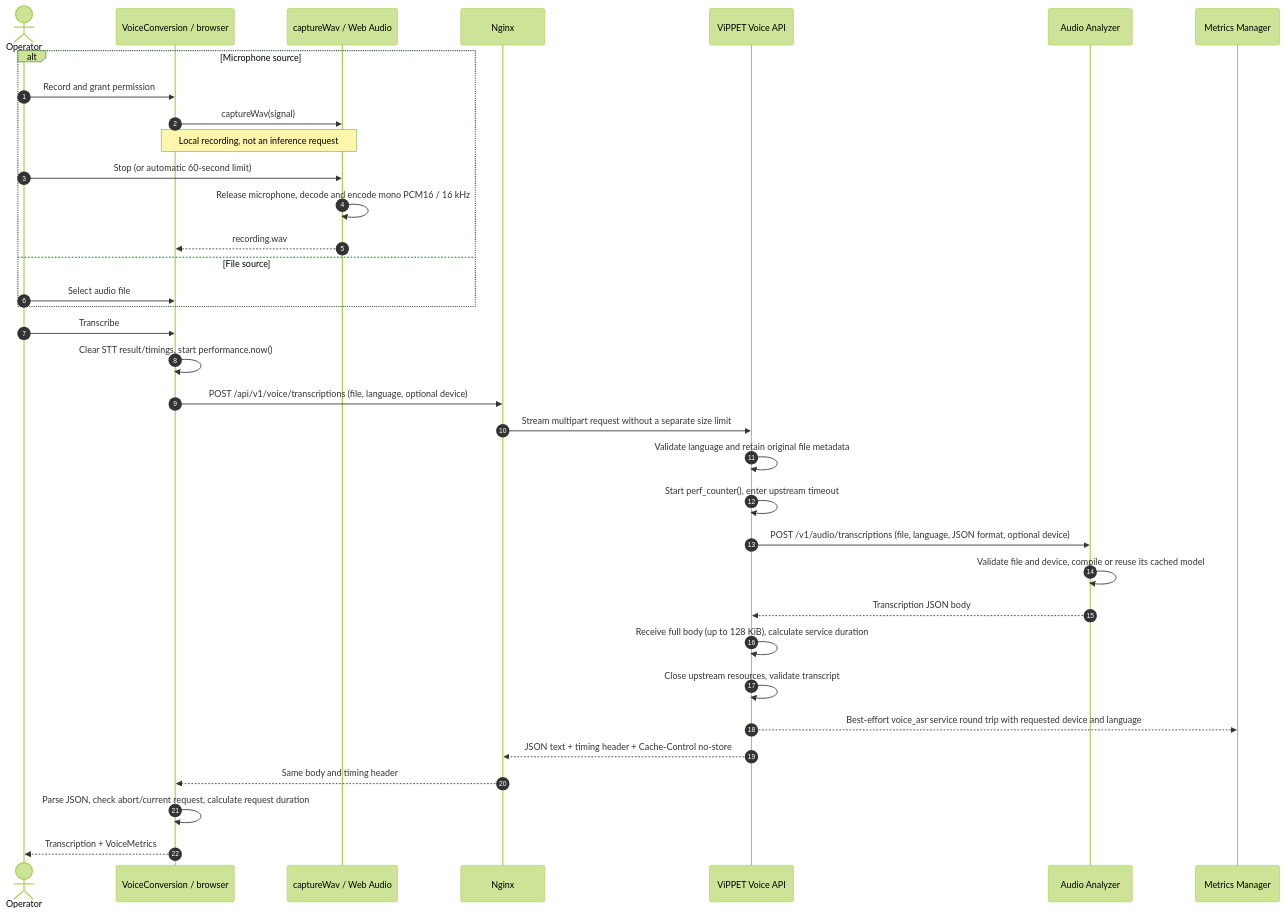
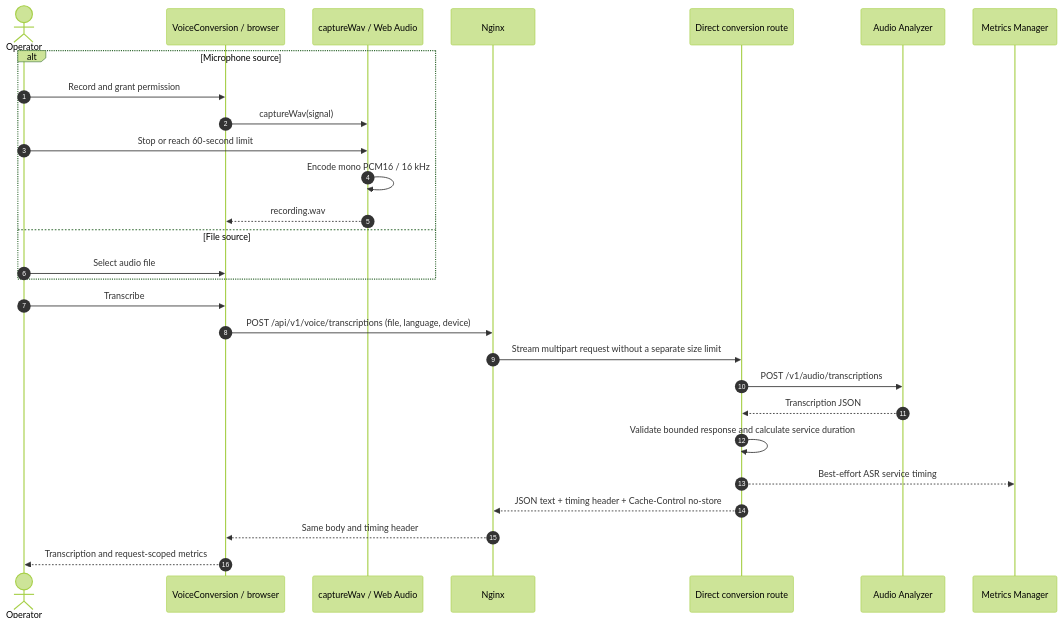
Before and after one commit to open-edge-platform/edge-ai-libraries: the seventh of 11 diagrams in tools/visual-pipeline-and-platform-evaluation-tool/docs/user-guide/developer-guide/voice-architecture.md, drawn with Mermaid (forest theme). The commit also changed other lines of this file and 31 other files, not shown here.

````diff
--- a/tools/visual-pipeline-and-platform-evaluation-tool/docs/user-guide/developer-guide/voice-architecture.md
+++ b/tools/visual-pipeline-and-platform-evaluation-tool/docs/user-guide/developer-guide/voice-architecture.md
@@ -258,37 +342,30 @@
 ```mermaid
 sequenceDiagram
-    autonumber
-    actor Operator
-    participant UI as VoiceConversion / browser
-    participant Capture as captureWav / Web Audio
-    participant Web as Nginx
-    participant API as ViPPET Voice API
-    participant ASR as Audio Analyzer
-    participant Metrics as Metrics Manager
-    alt Microphone source
-        Operator->>UI: Record and grant permission
-        UI->>Capture: captureWav(signal)
-        Note over UI,Capture: Local recording, not an inference request
-        Operator->>Capture: Stop (or automatic 60-second limit)
-        Capture->>Capture: Release microphone, decode and encode mono PCM16 / 16 kHz
-        Capture-->>UI: recording.wav
-    else File source
-      Operator->>UI: Select audio file
-    end
-    Operator->>UI: Transcribe
-    UI->>UI: Clear STT result/timings, start performance.now()
-    UI->>Web: POST /api/v1/voice/transcriptions (file, language, optional device)
-    Web->>API: Stream multipart request without a separate size limit
-    API->>API: Validate language and retain original file metadata
-    API->>API: Start perf_counter(), enter upstream timeout
-    API->>ASR: POST /v1/audio/transcriptions (file, language, JSON format, optional device)
-    ASR->>ASR: Validate file and device, compile or reuse its cached model
-    ASR-->>API: Transcription JSON body
-    API->>API: Receive full body (up to 128 KiB), calculate service duration
-    API->>API: Close upstream resources, validate transcript
-    API-->>Metrics: Best-effort voice_asr service round trip with requested device and language
-    API-->>Web: JSON text + timing header + Cache-Control no-store
-    Web-->>UI: Same body and timing header
-    UI->>UI: Parse JSON, check abort/current request, calculate request duration
-    UI-->>Operator: Transcription + VoiceMetrics
+  autonumber
+  actor Operator
+  participant UI as VoiceConversion / browser
+  participant Capture as captureWav / Web Audio
+  participant Web as Nginx
+  participant API as Direct conversion route
+  participant ASR as Audio Analyzer
+  participant Metrics as Metrics Manager
+  alt Microphone source
+    Operator->>UI: Record and grant permission
+    UI->>Capture: captureWav(signal)
+    Operator->>Capture: Stop or reach 60-second limit
+    Capture->>Capture: Encode mono PCM16 / 16 kHz
+    Capture-->>UI: recording.wav
+  else File source
+    Operator->>UI: Select audio file
+  end
+  Operator->>UI: Transcribe
+  UI->>Web: POST /api/v1/voice/transcriptions (file, language, device)
+  Web->>API: Stream multipart request without a separate size limit
+  API->>ASR: POST /v1/audio/transcriptions
+  ASR-->>API: Transcription JSON
+  API->>API: Validate bounded response and calculate service duration
+  API-->>Metrics: Best-effort ASR service timing
+  API-->>Web: JSON text + timing header + Cache-Control no-store
+  Web-->>UI: Same body and timing header
+  UI-->>Operator: Transcription and request-scoped metrics
 ```
````
